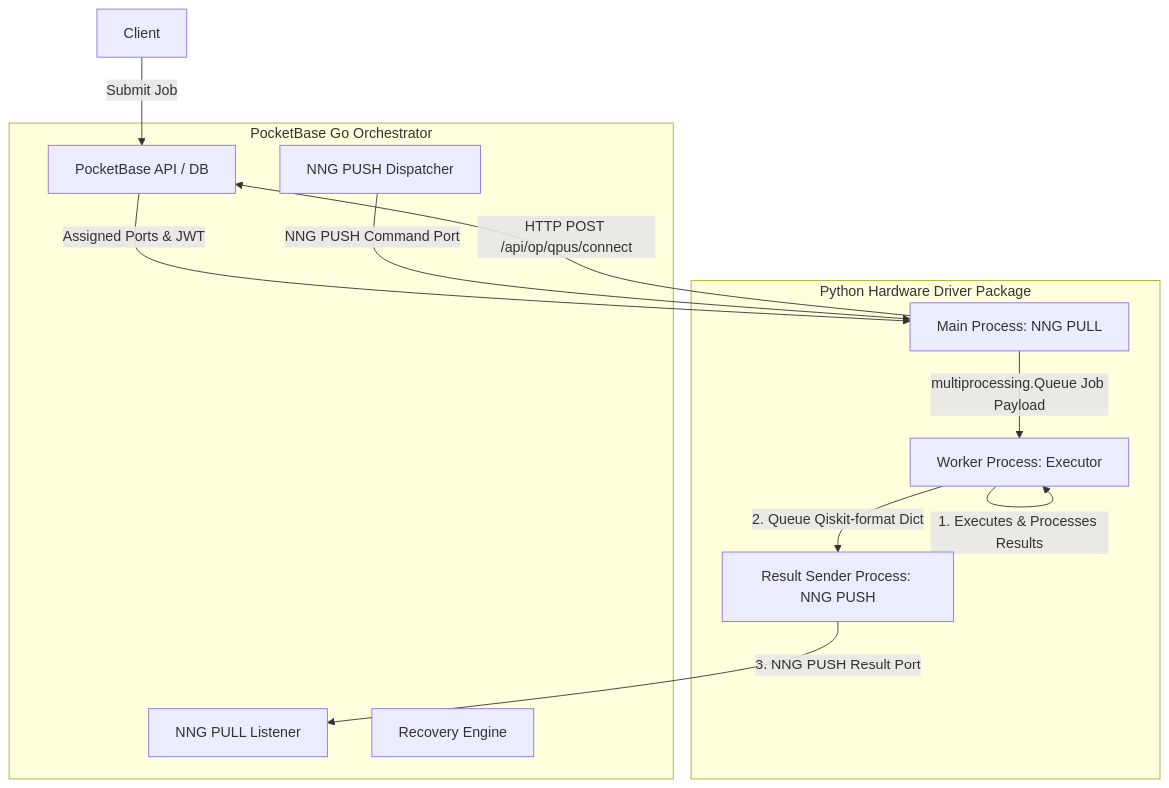
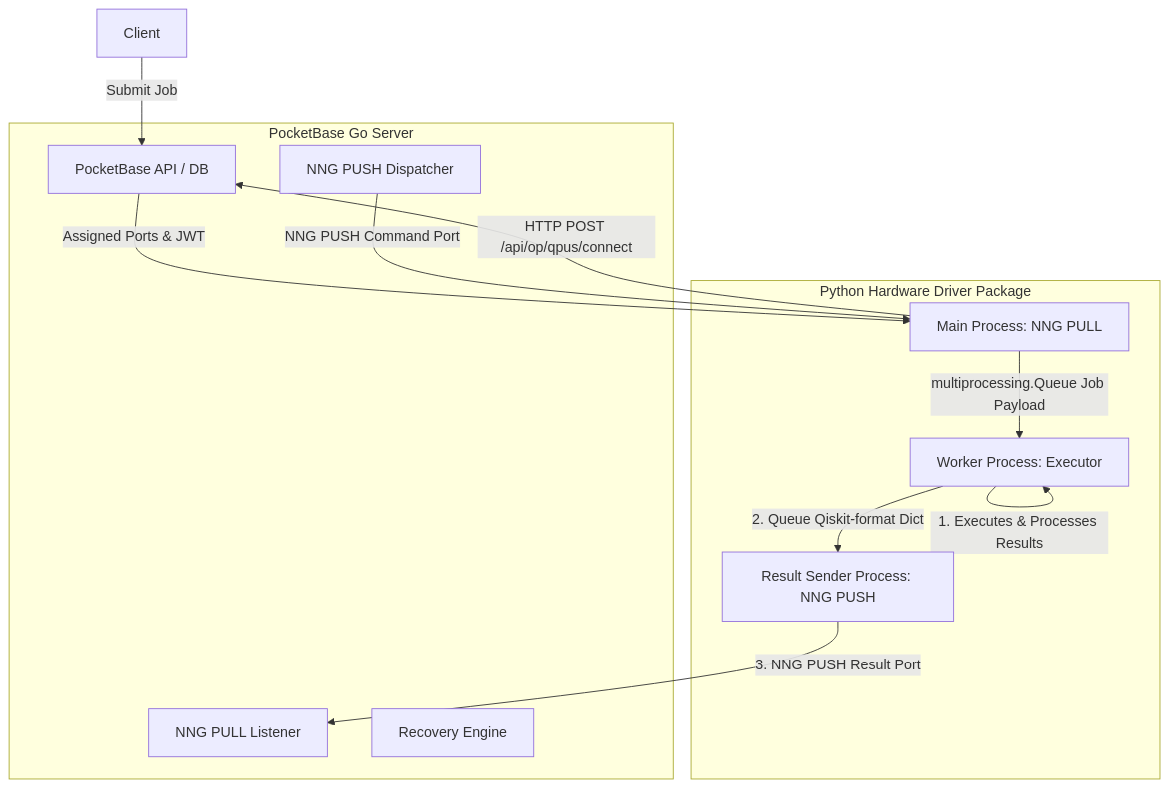
Before and after one commit to sopherapps/qpi: the second of 2 diagrams in README.md, drawn with Mermaid. The commit also changed other lines of this file and 21 other files, not shown here.

Commit message:
refactor: rename Orchestrator to Server across the codebase

````diff
--- a/README.md
+++ b/README.md
@@ -95,29 +95,29 @@
 ```mermaid
 graph TD
-    subgraph pocketbase [PocketBase Go Orchestrator]
+    subgraph pocketbase [PocketBase Go Server]
         PB[PocketBase API / DB]
         Dispatcher[NNG PUSH Dispatcher]
         Listener[NNG PULL Listener]
         Recovery[Recovery Engine]
     end
 
     subgraph python_driver [Python Hardware Driver Package]
         MainProc[Main Process: NNG PULL]
         Worker[Worker Process: Executor]
         ResultSender[Result Sender Process: NNG PUSH]
     end
 
     %% Client Interactions
     User[Client] -->|Submit Job| PB
     
     %% Handshake & Connection
     MainProc -->|HTTP POST /api/op/qpus/connect| PB
     PB -->|Assigned Ports & JWT| MainProc
     
     %% Multiprocessing Communication
     Dispatcher -->|NNG PUSH Command Port| MainProc
     MainProc -->|multiprocessing.Queue Job Payload| Worker
     Worker -->|1. Executes & Processes Results| Worker
     Worker -->|2. Queue Qiskit-format Dict| ResultSender
     ResultSender -->|3. NNG PUSH Result Port| Listener
 ```
````
